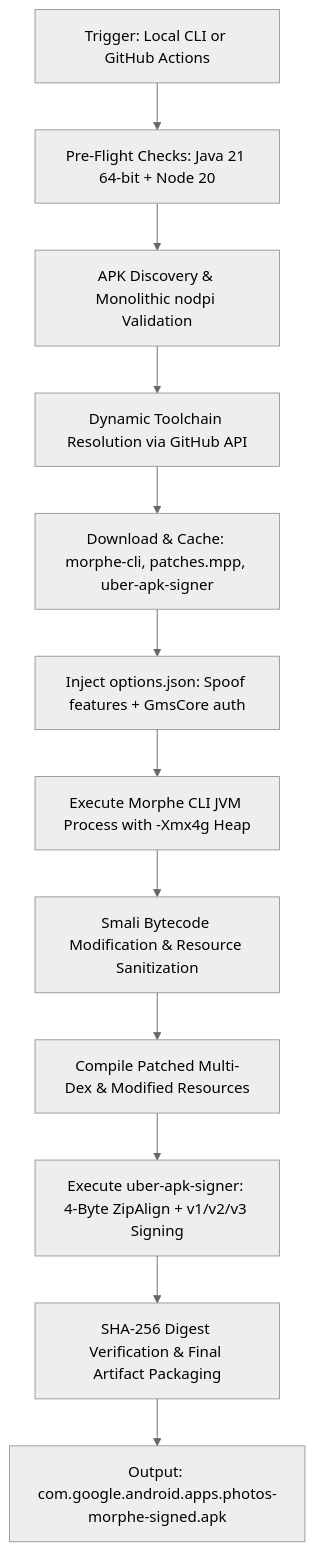
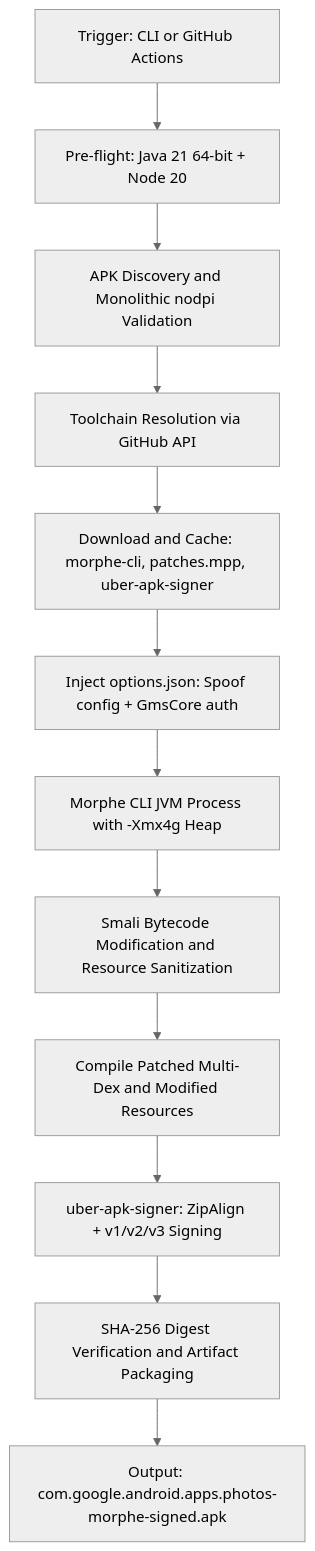
One commit to staneswilson/revanced-photos changed the first of 2 diagrams in docs/architecture.md. Above: the diagram before and after it, drawn with Mermaid (neutral theme). The commit also changed other lines of this file and 7 other files, not shown here.

````diff
--- a/docs/architecture.md
+++ b/docs/architecture.md
@@ -9,14 +9,14 @@
 ```mermaid
 graph TD
-    A[Trigger: Local CLI or GitHub Actions] --> B[Pre-Flight Checks: Java 21 64-bit + Node 20]
-    B --> C[APK Discovery & Monolithic nodpi Validation]
-    C --> D[Dynamic Toolchain Resolution via GitHub API]
-    D --> E[Download & Cache: morphe-cli, patches.mpp, uber-apk-signer]
-    E --> F[Inject options.json: Spoof features + GmsCore auth]
-    F --> G[Execute Morphe CLI JVM Process with -Xmx4g Heap]
-    G --> H[Smali Bytecode Modification & Resource Sanitization]
-    H --> I[Compile Patched Multi-Dex & Modified Resources]
-    I --> J[Execute uber-apk-signer: 4-Byte ZipAlign + v1/v2/v3 Signing]
-    J --> K[SHA-256 Digest Verification & Final Artifact Packaging]
+    A[Trigger: CLI or GitHub Actions] --> B[Pre-flight: Java 21 64-bit + Node 20]
+    B --> C[APK Discovery and Monolithic nodpi Validation]
+    C --> D[Toolchain Resolution via GitHub API]
+    D --> E[Download and Cache: morphe-cli, patches.mpp, uber-apk-signer]
+    E --> F[Inject options.json: Spoof config + GmsCore auth]
+    F --> G[Morphe CLI JVM Process with -Xmx4g Heap]
+    G --> H[Smali Bytecode Modification and Resource Sanitization]
+    H --> I[Compile Patched Multi-Dex and Modified Resources]
+    I --> J[uber-apk-signer: ZipAlign + v1/v2/v3 Signing]
+    J --> K[SHA-256 Digest Verification and Artifact Packaging]
     K --> L[Output: com.google.android.apps.photos-morphe-signed.apk]
 ```
````
